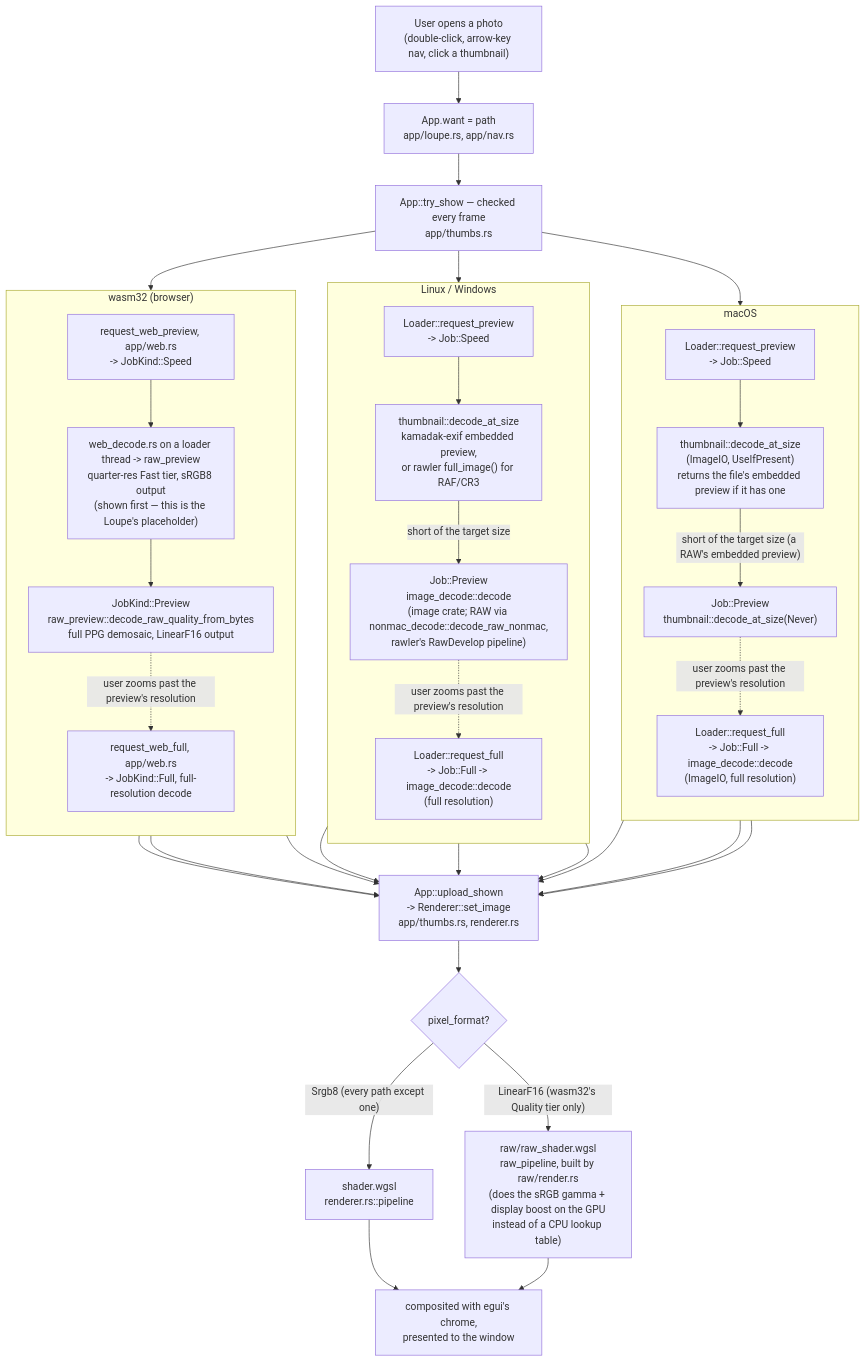
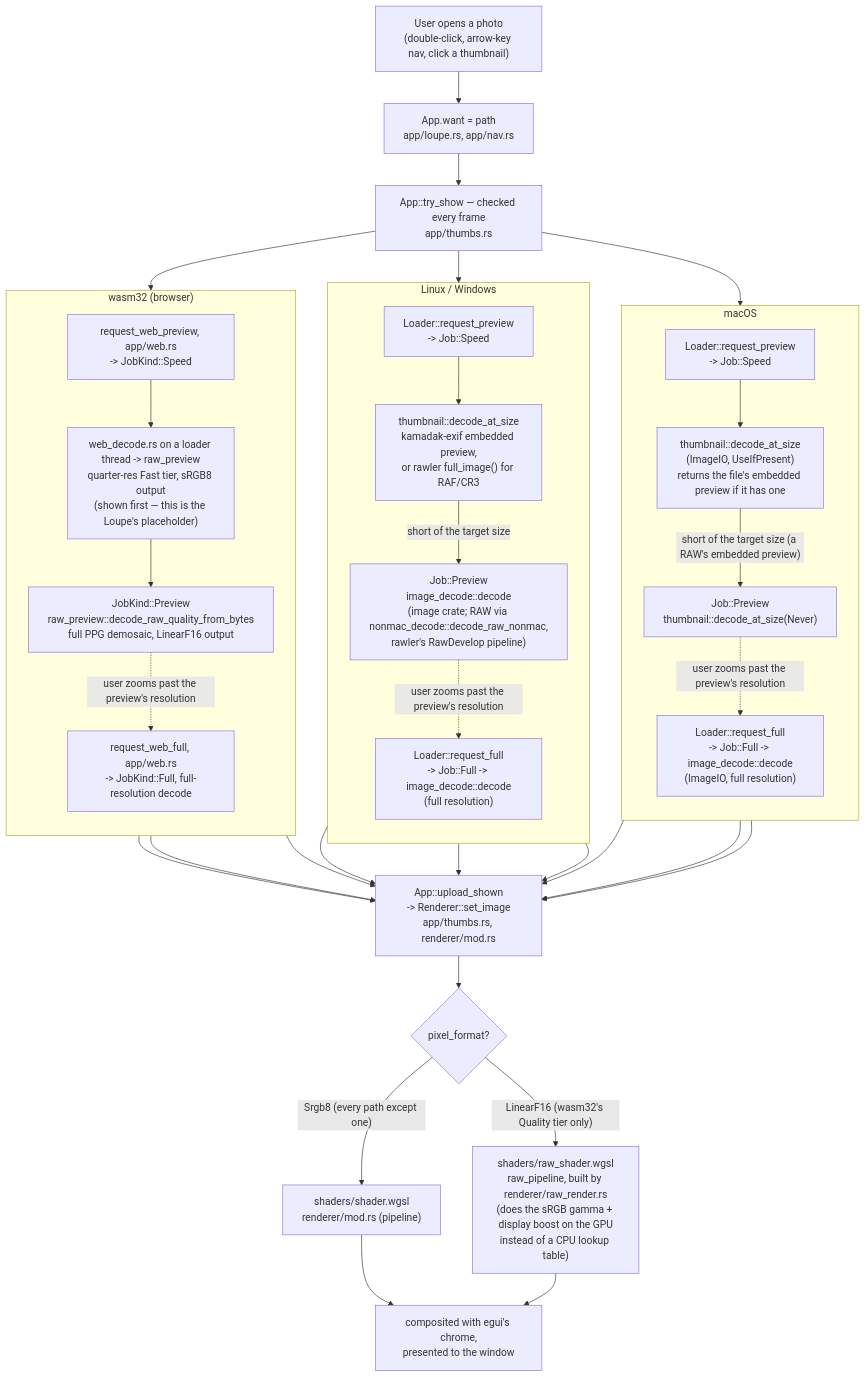
Before and after one commit to andrewyao/lightphotos: the first of 4 diagrams in docs/ARCHITECTURE.md, drawn with Mermaid. The commit also changed other lines of this file and 9 other files, not shown here.

````diff
--- a/docs/ARCHITECTURE.md
+++ b/docs/ARCHITECTURE.md
@@ -55,47 +55,47 @@
 ```mermaid
 flowchart TD
     open["User opens a photo\n(double-click, arrow-key nav, click a thumbnail)"]
     open --> want["App.want = path\napp/loupe.rs, app/nav.rs"]
     want --> tryshow["App::try_show — checked every frame\napp/thumbs.rs"]
 
     subgraph mac["macOS"]
         direction TB
         mq["Loader::request_preview\n-> Job::Speed"] --> mqd["thumbnail::decode_at_size\n(ImageIO, UseIfPresent)\nreturns the file's embedded preview if it has one"]
         mqd -- "short of the target size (a RAW's embedded preview)" --> mp["Job::Preview\nthumbnail::decode_at_size(Never)"]
         mp -.->|user zooms past the preview's resolution| mf["Loader::request_full\n-> Job::Full -> image_decode::decode\n(ImageIO, full resolution)"]
     end
 
     subgraph other["Linux / Windows"]
         direction TB
         lq["Loader::request_preview\n-> Job::Speed"] --> lqd["thumbnail::decode_at_size\nkamadak-exif embedded preview,\nor rawler full_image() for RAF/CR3"]
         lqd -- "short of the target size" --> lp["Job::Preview\nimage_decode::decode\n(image crate; RAW via nonmac_decode::decode_raw_nonmac,\nrawler's RawDevelop pipeline)"]
         lp -.->|user zooms past the preview's resolution| lf["Loader::request_full\n-> Job::Full -> image_decode::decode\n(full resolution)"]
     end
 
     subgraph web["wasm32 (browser)"]
         direction TB
         wt["request_web_preview, app/web.rs\n-> JobKind::Speed"] --> wtd["web_decode.rs on a loader thread -> raw_preview\nquarter-res Fast tier, sRGB8 output\n(shown first — this is the Loupe's placeholder)"]
         wtd --> wp["JobKind::Preview\nraw_preview::decode_raw_quality_from_bytes\nfull PPG demosaic, LinearF16 output"]
         wp -.->|user zooms past the preview's resolution| wf["request_web_full, app/web.rs\n-> JobKind::Full, full-resolution decode"]
     end
 
     tryshow --> mq
     tryshow --> lq
     tryshow --> wt
 
-    mqd --> upload["App::upload_shown\n-> Renderer::set_image\napp/thumbs.rs, renderer.rs"]
+    mqd --> upload["App::upload_shown\n-> Renderer::set_image\napp/thumbs.rs, renderer/mod.rs"]
     mp --> upload
     mf --> upload
     lqd --> upload
     lp --> upload
     lf --> upload
     wtd --> upload
     wp --> upload
     wf --> upload
 
     upload --> gpu{"pixel_format?"}
-    gpu -- "Srgb8 (every path except one)" --> shader["shader.wgsl\nrenderer.rs::pipeline"]
-    gpu -- "LinearF16 (wasm32's Quality tier only)" --> rawshader["raw/raw_shader.wgsl\nraw_pipeline, built by raw/render.rs\n(does the sRGB gamma + display boost on the GPU\ninstead of a CPU lookup table)"]
+    gpu -- "Srgb8 (every path except one)" --> shader["shaders/shader.wgsl\nrenderer/mod.rs (pipeline)"]
+    gpu -- "LinearF16 (wasm32's Quality tier only)" --> rawshader["shaders/raw_shader.wgsl\nraw_pipeline, built by renderer/raw_render.rs\n(does the sRGB gamma + display boost on the GPU\ninstead of a CPU lookup table)"]
     shader --> screen["composited with egui's chrome,\npresented to the window"]
     rawshader --> screen
 ```
````
